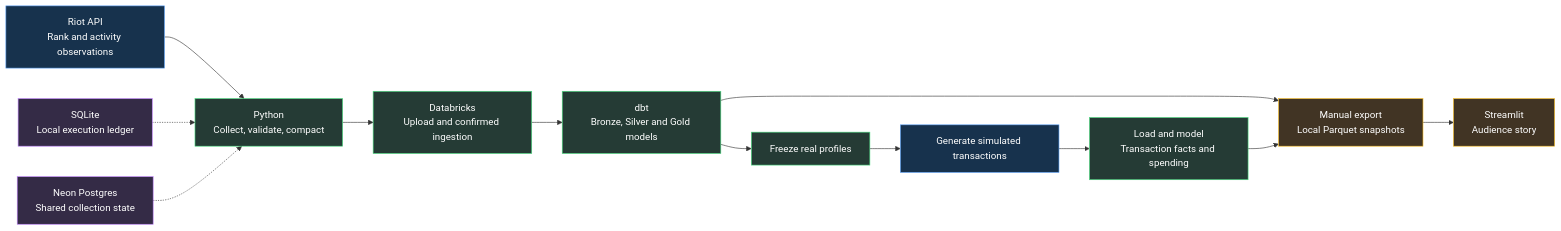
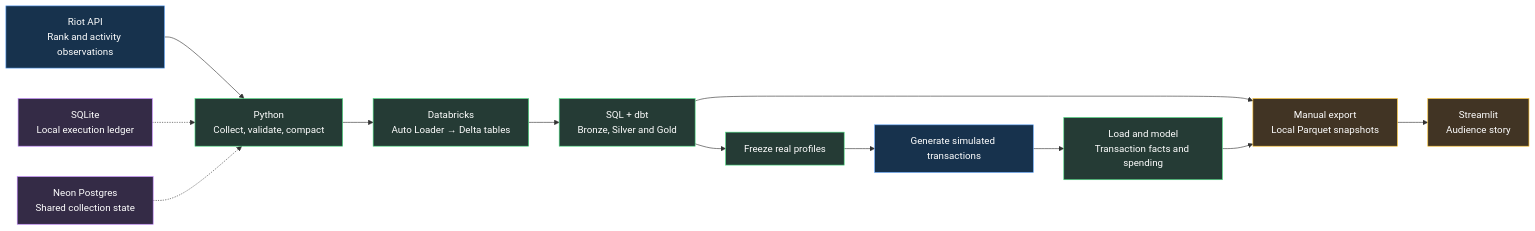
One commit to Pedro-Iaki/league-specialization-etl changed the diagram in README.md. Above: the diagram before and after it, drawn with Mermaid. The commit also changed other lines of this file and 2 other files, not shown here.

````diff
--- a/README.md
+++ b/README.md
@@ -82,22 +49,22 @@
 ```mermaid
 flowchart LR
     riot["Riot API<br/>Rank and activity observations"] --> collect["Python<br/>Collect, validate, compact"]
-    collect --> ingest["Databricks<br/>Upload and confirmed ingestion"]
-    ingest --> models["dbt<br/>Bronze, Silver and Gold models"]
+    collect --> ingest["Databricks<br/>Auto Loader → Delta tables"]
+    ingest --> models["SQL + dbt<br/>Bronze, Silver and Gold"]
     models --> export["Manual export<br/>Local Parquet snapshots"]
     export --> dashboard["Streamlit<br/>Audience story"]
     sqlite["SQLite<br/>Local execution ledger"] -.-> collect
     neon["Neon Postgres<br/>Shared collection state"] -.-> collect
     models --> cohort["Freeze real profiles"]
     cohort --> generated["Generate simulated transactions"]
     generated --> business["Load and model<br/>Transaction facts and spending"]
     business --> export
     classDef source fill:#17324d,stroke:#60a5fa,color:#fff
     classDef processing fill:#253b35,stroke:#4ade80,color:#fff
     classDef serving fill:#413424,stroke:#fbbf24,color:#fff
     classDef state fill:#342b46,stroke:#c084fc,color:#fff
     class riot,generated source
     class collect,ingest,models,business,cohort processing
     class export,dashboard serving
     class sqlite,neon state
 ```
````
